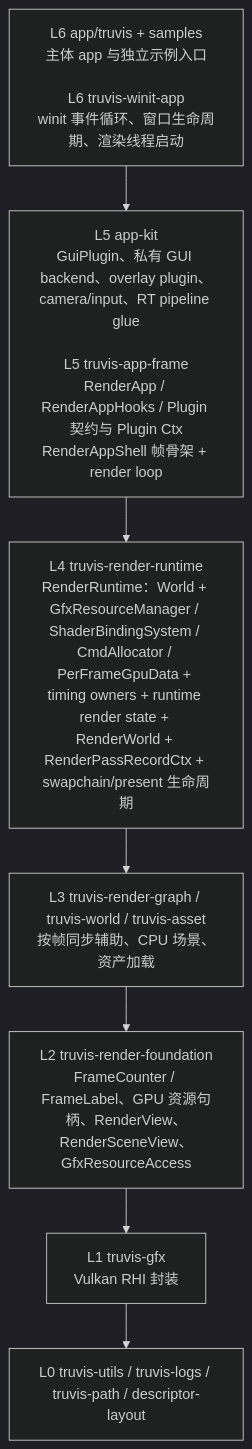
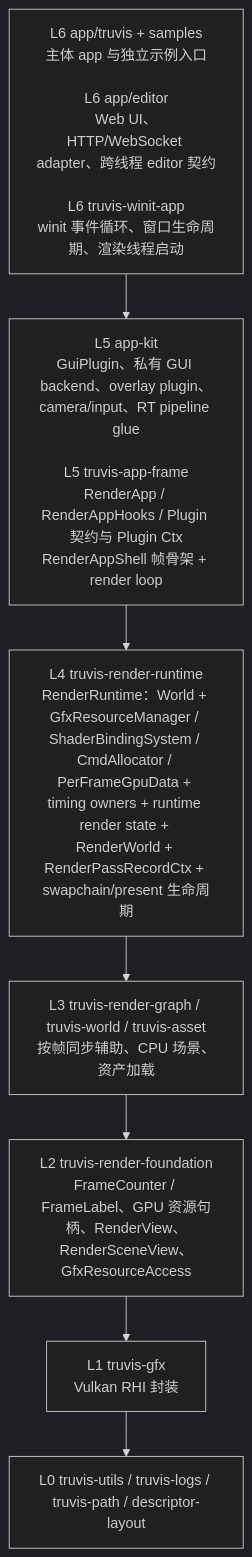
The first of 2 diagrams in docs/summaries/layering-and-dependency-boundaries.md (acccoco/TruvisRenderer), drawn with Mermaid (dark theme) before and after one commit. The commit also changed other lines of this file and 76 other files, not shown here.

Commit message:
feat web editor

````diff
--- a/docs/summaries/layering-and-dependency-boundaries.md
+++ b/docs/summaries/layering-and-dependency-boundaries.md
@@ -9,11 +9,11 @@
 ```mermaid
 flowchart TB
-    L6["L6 app/truvis + samples<br/>主体 app 与独立示例入口<br/><br/>L6 truvis-winit-app<br/>winit 事件循环、窗口生命周期、渲染线程启动"]
+    L6["L6 app/truvis + samples<br/>主体 app 与独立示例入口<br/><br/>L6 app/editor<br/>Web UI、HTTP/WebSocket adapter、跨线程 editor 契约<br/><br/>L6 truvis-winit-app<br/>winit 事件循环、窗口生命周期、渲染线程启动"]
     L5["L5 app-kit<br/>GuiPlugin、私有 GUI backend、overlay plugin、camera/input、RT pipeline glue<br/><br/>L5 truvis-app-frame<br/>RenderApp / RenderAppHooks / Plugin 契约与 Plugin Ctx<br/>RenderAppShell 帧骨架 + render loop"]
     L4["L4 truvis-render-runtime<br/>RenderRuntime：World + GfxResourceManager / ShaderBindingSystem / CmdAllocator / PerFrameGpuData + timing owners + runtime render state + RenderWorld + RenderPassRecordCtx + swapchain/present 生命周期"]
     L3["L3 truvis-render-graph / truvis-world / truvis-asset<br/>按帧同步辅助、CPU 场景、资产加载"]
     L2["L2 truvis-render-foundation<br/>FrameCounter / FrameLabel、GPU 资源句柄、RenderView、RenderSceneView、GfxResourceAccess"]
     L1["L1 truvis-gfx<br/>Vulkan RHI 封装"]
     L0["L0 truvis-utils / truvis-logs / truvis-path / descriptor-layout"]
     L6 --> L5 --> L4 --> L3 --> L2 --> L1 --> L0
 ```
````
